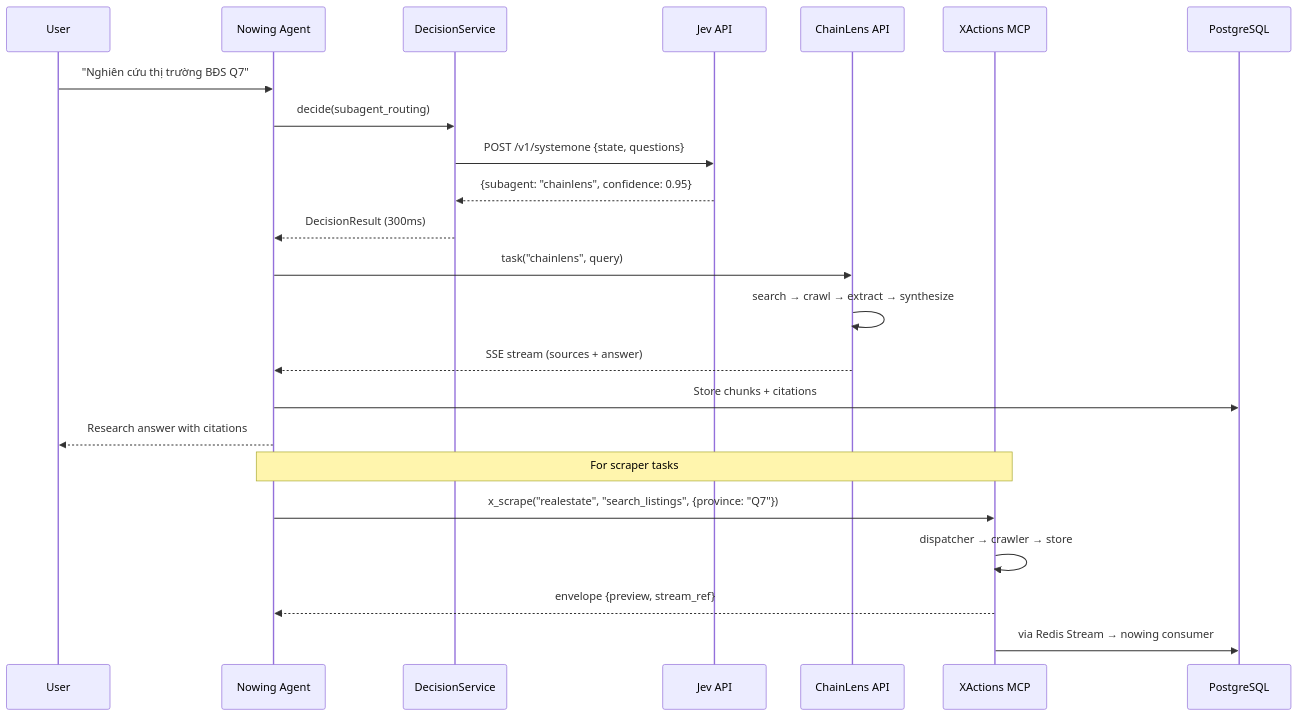
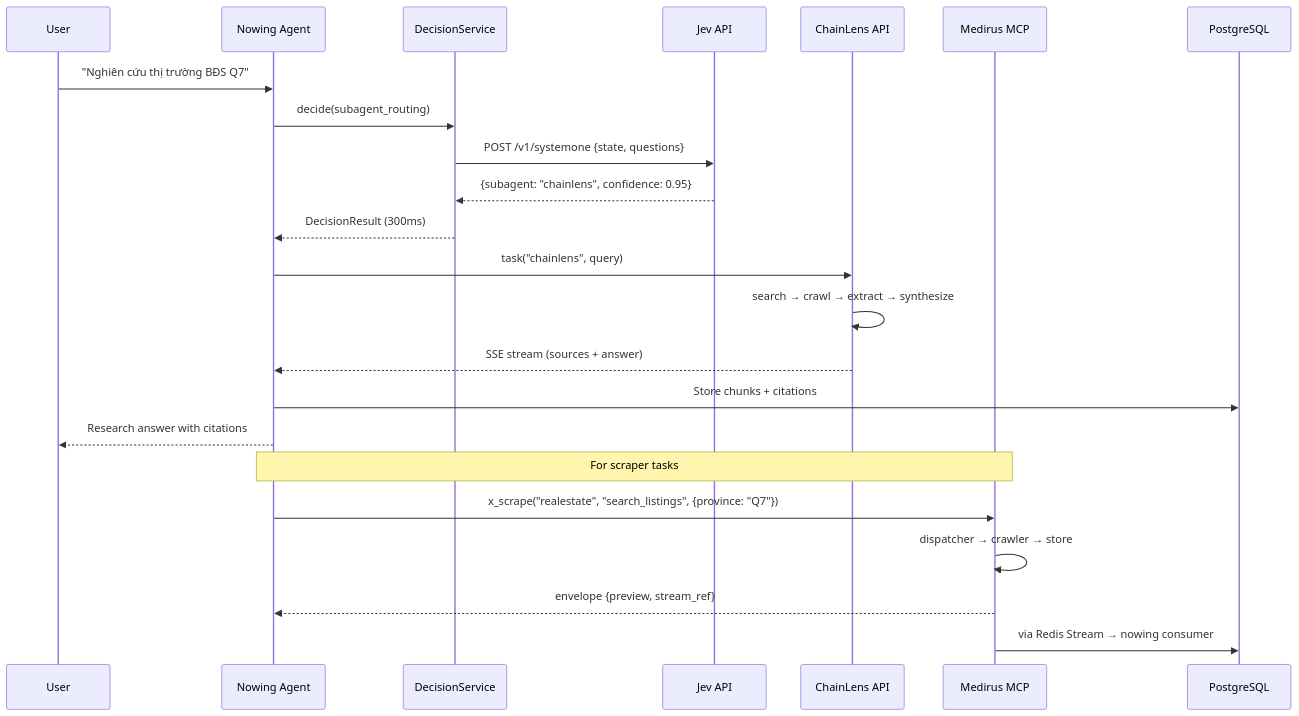
The fifth of 9 diagrams in docs/system-architecture-2026-09-21.md (deptrai/nowing), drawn with Mermaid before and after one commit. The commit also changed other lines of this file and 274 other files, not shown here.

First line of the commit message:
refactor: rename XActions → Medirus across codebase (xactions→medirus, XACTIONS→MEDIRUS, MEDIRUS_* env, port 3333, enum MEDIRUS_MCP_CONNECTOR)

````diff
--- a/docs/system-architecture-2026-09-21.md
+++ b/docs/system-architecture-2026-09-21.md
@@ -238,27 +238,27 @@
 ```mermaid
 sequenceDiagram
     participant U as User
     participant NA as Nowing Agent
     participant DS as DecisionService
     participant JEV as Jev API
     participant CL as ChainLens API
-    participant XA as XActions MCP
+    participant XA as Medirus MCP
     participant DB as PostgreSQL
 
     U->>NA: "Nghiên cứu thị trường BĐS Q7"
     NA->>DS: decide(subagent_routing)
     DS->>JEV: POST /v1/systemone {state, questions}
     JEV-->>DS: {subagent: "chainlens", confidence: 0.95}
     DS-->>NA: DecisionResult (300ms)
     NA->>CL: task("chainlens", query)
     CL->>CL: search → crawl → extract → synthesize
     CL-->>NA: SSE stream (sources + answer)
     NA->>DB: Store chunks + citations
     NA-->>U: Research answer with citations
 
     Note over NA,XA: For scraper tasks
     NA->>XA: x_scrape("realestate", "search_listings", {province: "Q7"})
     XA->>XA: dispatcher → crawler → store
     XA-->>NA: envelope {preview, stream_ref}
     XA->>DB: via Redis Stream → nowing consumer
 ```
````
